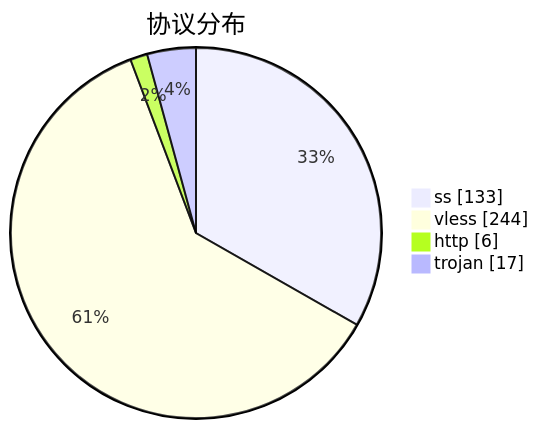
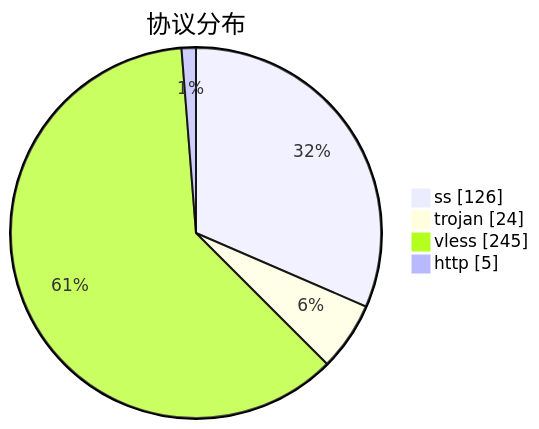
One commit to qjlxg/airport changed the third of 3 diagrams in subs/statistics/tested_within.md. Above: the diagram before and after it, drawn with Mermaid. The commit also changed other lines of this file and 2 other files, not shown here.

````diff
--- a/subs/statistics/tested_within.md
+++ b/subs/statistics/tested_within.md
@@ -37,8 +35,8 @@
 ```mermaid
 pie showData
 title 协议分布
-"ss" : 133
-"vless" : 244
-"http" : 6
-"trojan" : 17
+"ss" : 126
+"trojan" : 24
+"vless" : 245
+"http" : 5
 ```
````
